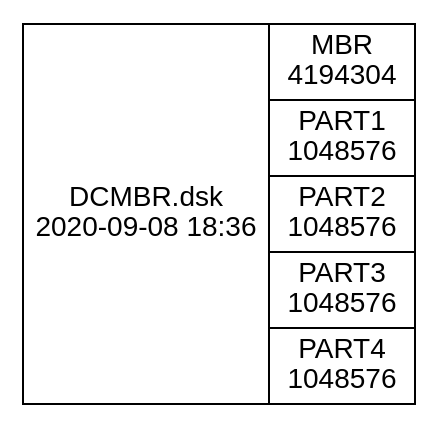
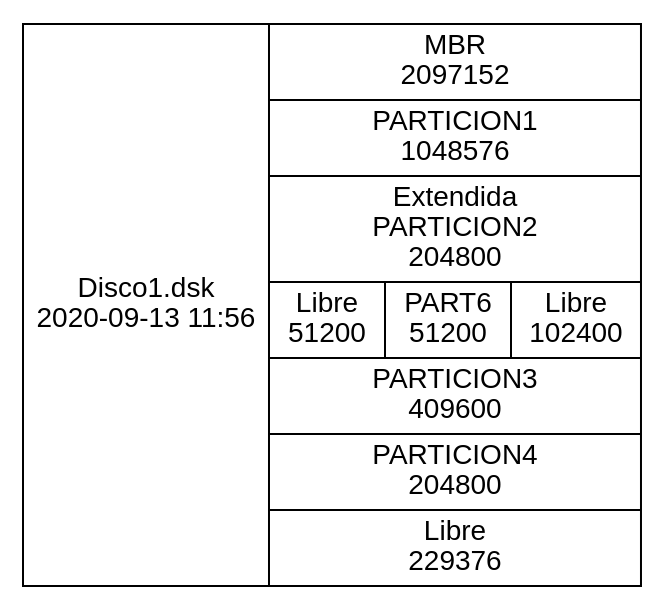
Before and after one commit to RandyCan2000/MIAProyecto1_201801527: the diagram in Assets/Disk.dot, drawn with Graphviz. The commit also changed 14 other files, not shown here.

```diff
--- a/Assets/Disk.dot
+++ b/Assets/Disk.dot
@@ -1,5 +1,5 @@
 digraph D {
 node [fontname="Arial"];
-MBR [shape=record label="DCMBR.dsk\n2020-09-08 18:36|{MBR \n 4194304|PART1 \n 1048576|PART2 \n 1048576|PART3 \n 1048576|PART4 \n 1048576}"]
+MBR [shape=record label="Disco1.dsk\n2020-09-13 11:56|{MBR \n 2097152|PARTICION1 \n 1048576|Extendida \nPARTICION2\n204800|{Libre \n 51200|PART6 \n 51200|Libre \n 102400}|PARTICION3 \n 409600|PARTICION4 \n 204800|Libre\n229376}"]
 
 }
```
